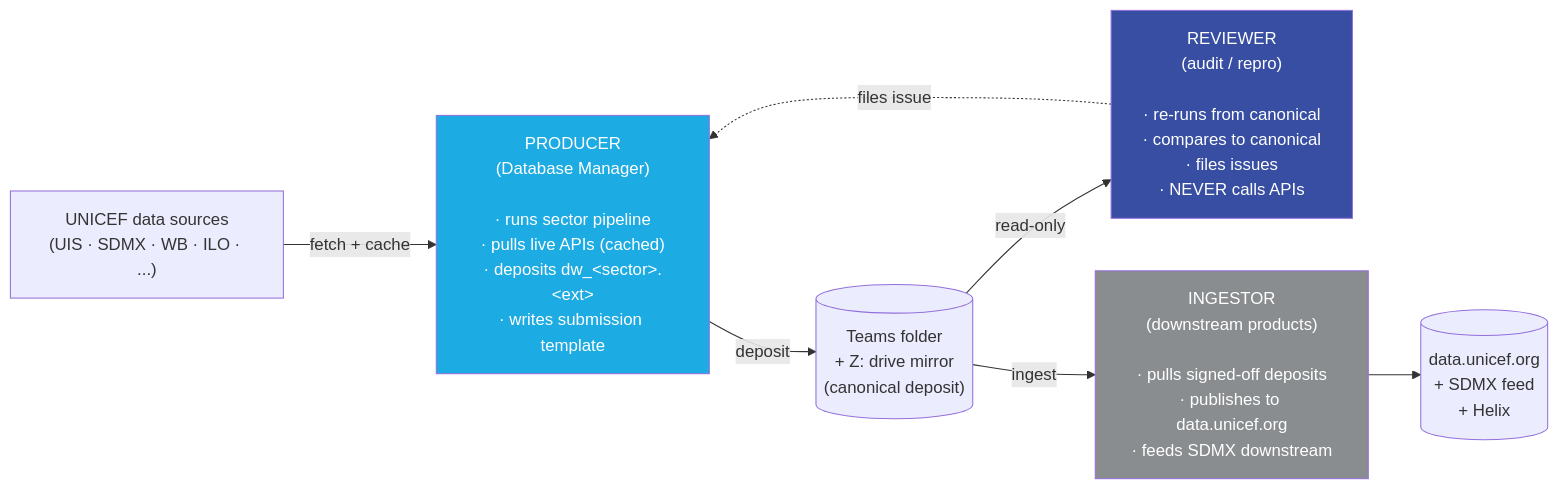
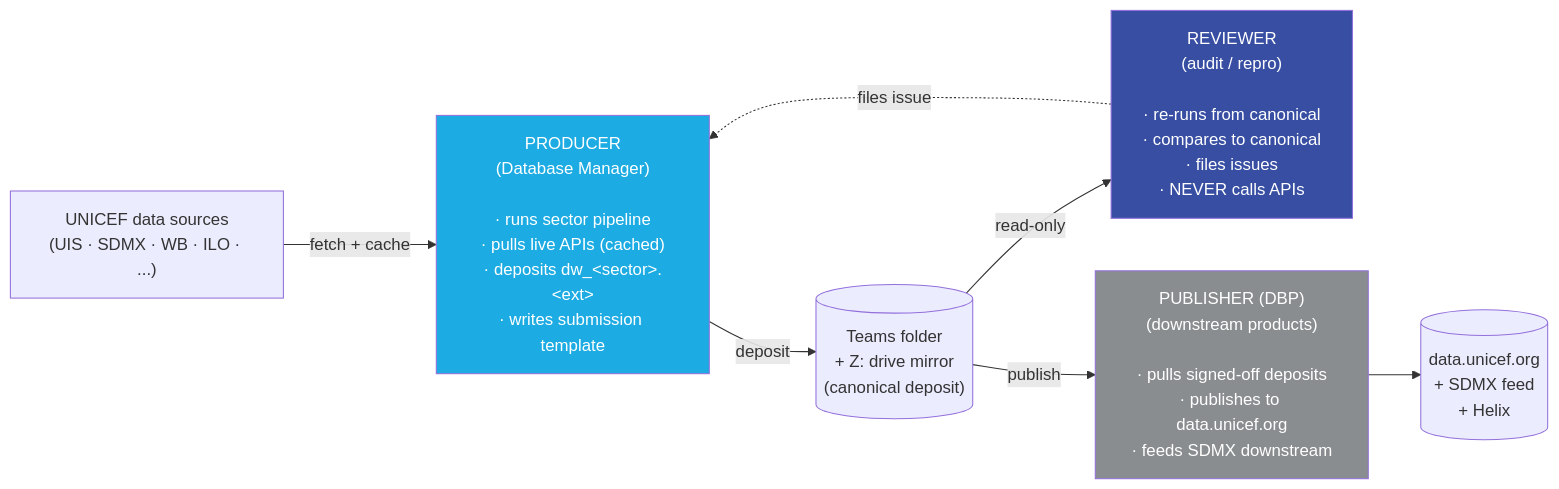
Before and after one commit to unicef-drp/cso-toolkit: the second of 2 diagrams in README.md, drawn with Mermaid. The commit also changed other lines of this file and 6 other files, not shown here.

First line of the commit message:
docs: rename third role INGESTOR -> PUBLISHER; map DBM/DBR/DBP

````diff
--- a/README.md
+++ b/README.md
@@ -154,21 +154,21 @@
 ```mermaid
 flowchart LR
     A["UNICEF data sources<br/>(UIS · SDMX · WB · ILO · ...)"]
     B[("Teams folder<br/>+ Z: drive mirror<br/>(canonical deposit)")]
     C[("data.unicef.org<br/>+ SDMX feed<br/>+ Helix")]
 
     P["PRODUCER<br/>(Database Manager)<br/><br/>· runs sector pipeline<br/>· pulls live APIs (cached)<br/>· deposits dw_&lt;sector&gt;.&lt;ext&gt;<br/>· writes submission template"]
     R["REVIEWER<br/>(audit / repro)<br/><br/>· re-runs from canonical<br/>· compares to canonical<br/>· files issues<br/>· NEVER calls APIs"]
-    I["INGESTOR<br/>(downstream products)<br/><br/>· pulls signed-off deposits<br/>· publishes to data.unicef.org<br/>· feeds SDMX downstream"]
+    I["PUBLISHER (DBP)<br/>(downstream products)<br/><br/>· pulls signed-off deposits<br/>· publishes to data.unicef.org<br/>· feeds SDMX downstream"]
 
     A -->|fetch + cache| P
     P -->|deposit| B
     B -->|read-only| R
     R -.->|files issue| P
-    B -->|ingest| I
+    B -->|publish| I
     I --> C
 
     style P fill:#1cabe2,color:#fff
     style R fill:#374ea2,color:#fff
     style I fill:#8a8d8f,color:#fff
 ```
````
